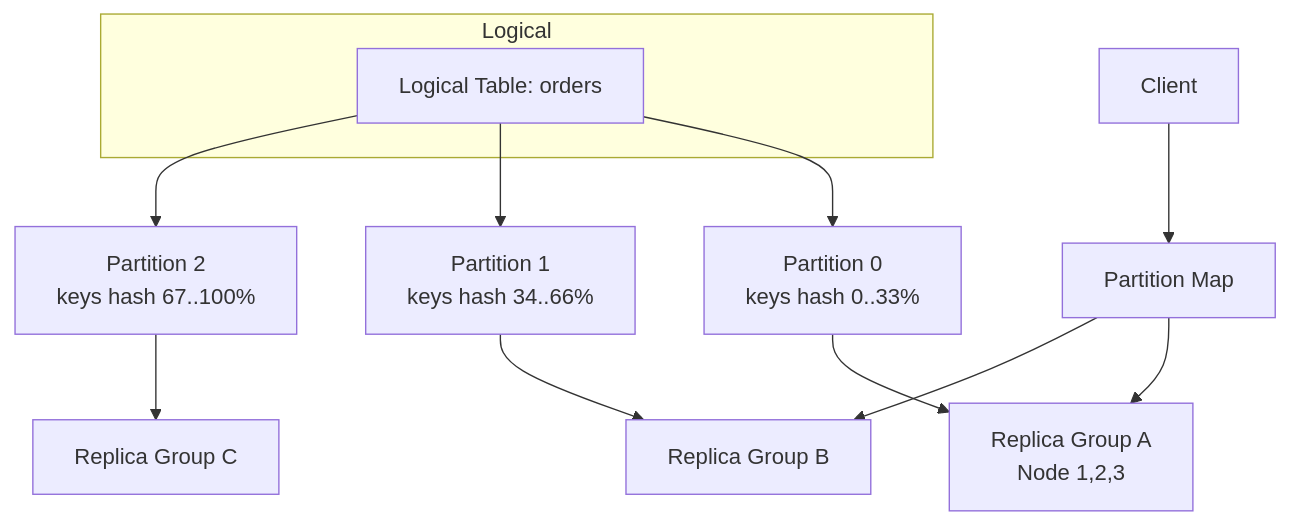
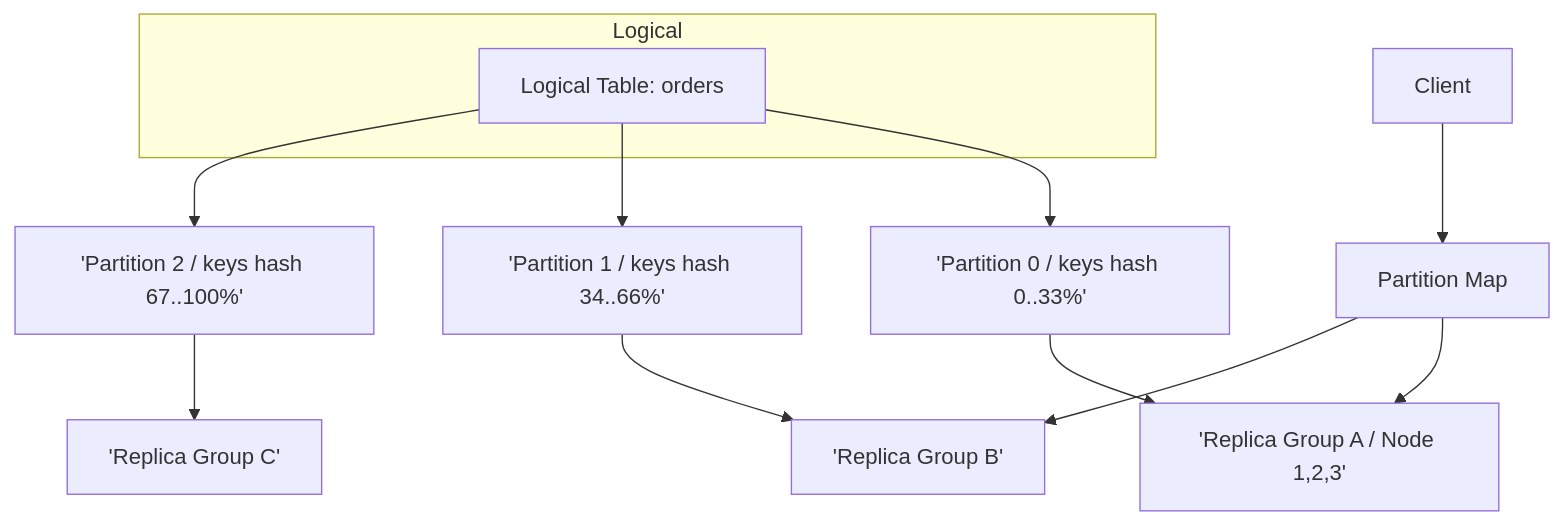
Before and after one commit to hareramcse/SystemDesign: the second of 36 diagrams in 05-distributed-databases/README.md, drawn with Mermaid. The commit also changed other lines of this file and 14 other files, not shown here.

````diff
--- a/05-distributed-databases/README.md
+++ b/05-distributed-databases/README.md
@@ -114,15 +114,15 @@
 ```mermaid
 flowchart TB
     subgraph Logical
-        Table[Logical Table: orders]
+        Table["Logical Table: orders"]
     end
-    Table --> P1["Partition 0<br/>keys hash 0..33%"]
-    Table --> P2["Partition 1<br/>keys hash 34..66%"]
-    Table --> P3["Partition 2<br/>keys hash 67..100%"]
-    P1 --> RG1["Replica Group A<br/>Node 1,2,3"]
-    P2 --> RG2["Replica Group B"]
-    P3 --> RG3["Replica Group C"]
+    Table --> P1['Partition 0 / keys hash 0..33%']
+    Table --> P2['Partition 1 / keys hash 34..66%']
+    Table --> P3['Partition 2 / keys hash 67..100%']
+    P1 --> RG1['Replica Group A / Node 1,2,3']
+    P2 --> RG2['Replica Group B']
+    P3 --> RG3['Replica Group C']
     Client[Client] --> Meta[Partition Map]
     Meta --> RG1
     Meta --> RG2
 ```
````
